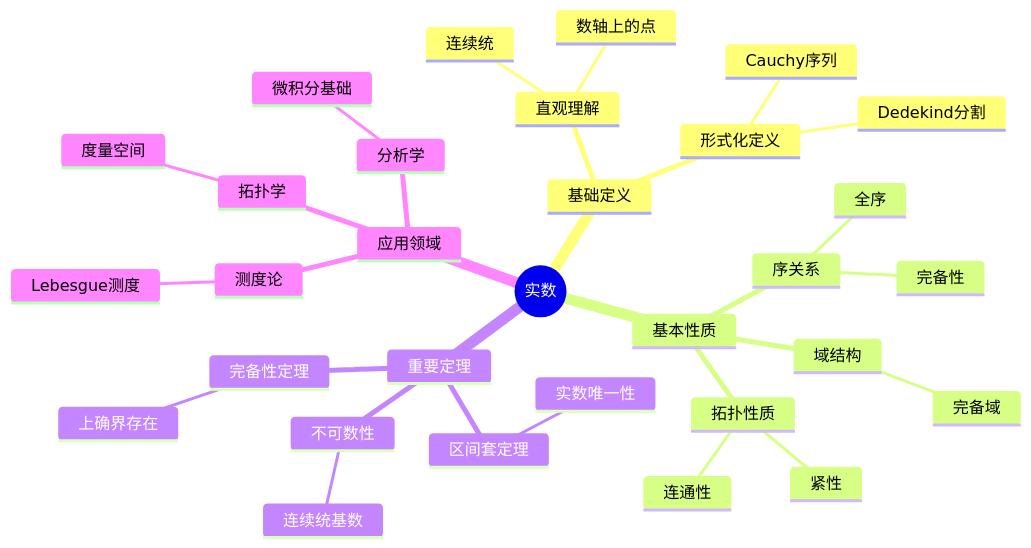
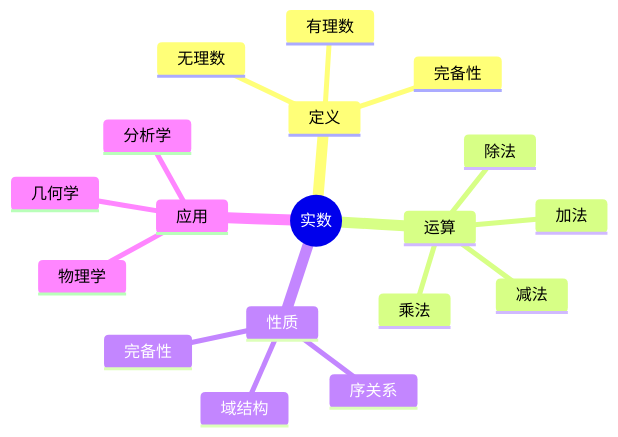
Before and after one commit to AdaMartin18010/FormalMath: the first of 10 diagrams in concept/核心概念/06-实数.md, drawn with Mermaid. The commit also changed other lines of this file and 4793 other files, not shown here.

````diff
--- a/concept/核心概念/06-实数.md
+++ b/concept/核心概念/06-实数.md
@@ -633,34 +1149,21 @@
 ```mermaid
 mindmap
   root((实数))
-    基础定义
-      直观理解
-        数轴上的点
-        连续统
-      形式化定义
-        Dedekind分割
-        Cauchy序列
-    基本性质
+    定义
+      有理数
+      无理数
+      完备性
+    运算
+      加法
+      减法
+      乘法
+      除法
+    性质
       域结构
-        完备域
+      完备性
       序关系
-        全序
-        完备性
-      拓扑性质
-        连通性
-        紧性
-    重要定理
-      完备性定理
-        上确界存在
-      区间套定理
-        实数唯一性
-      不可数性
-        连续统基数
-    应用领域
+    应用
       分析学
-        微积分基础
-      拓扑学
-        度量空间
-      测度论
-        Lebesgue测度
+      几何学
+      物理学
 ```
````
